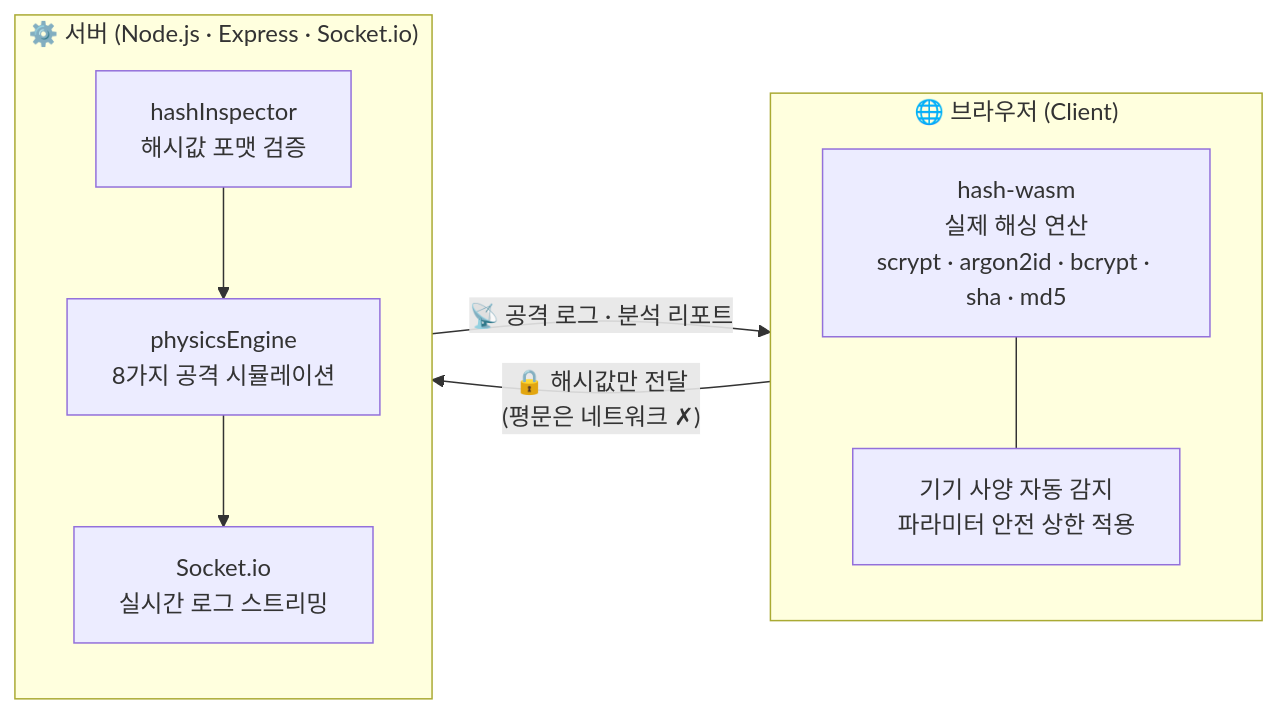
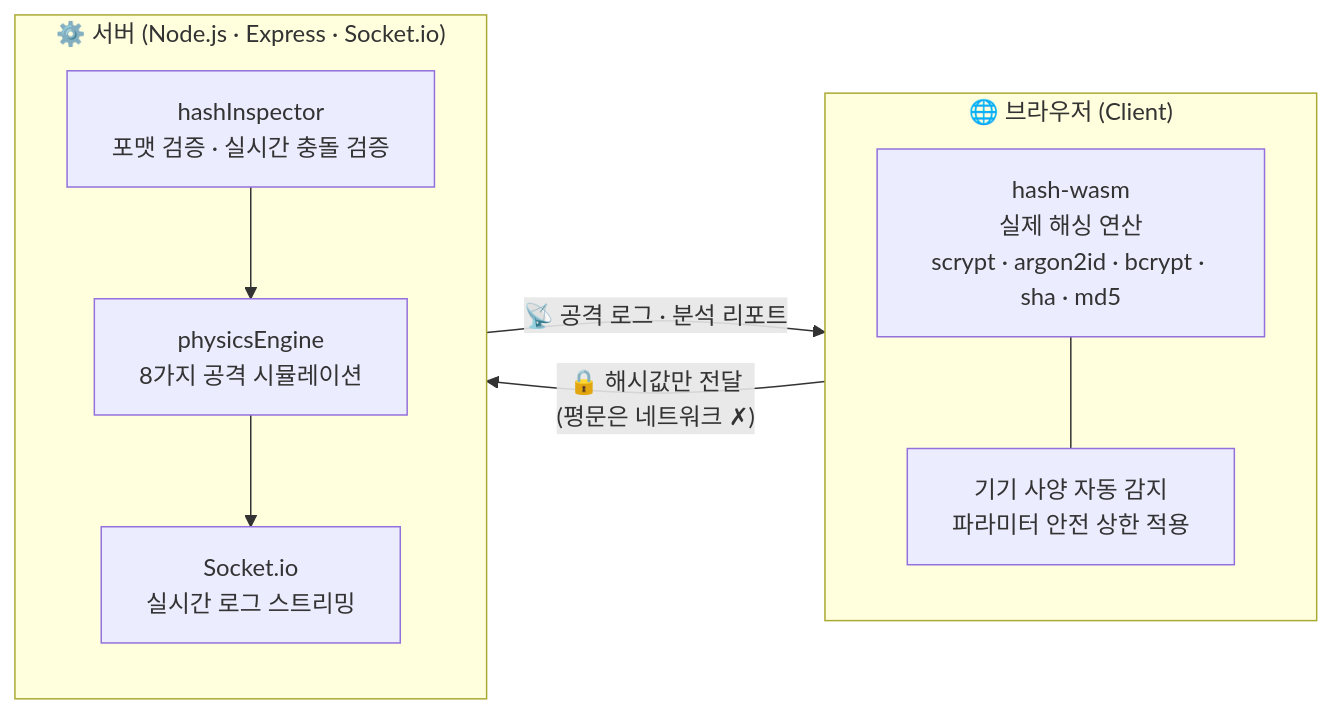
One commit to cjfwls39/ShieldBox.io changed the first of 4 diagrams in README.md. Above: the diagram before and after it, drawn with Mermaid. The commit also changed other lines of this file and 16 other files, not shown here.

````diff
--- a/README.md
+++ b/README.md
@@ -31,20 +32,20 @@
 ```mermaid
 flowchart LR
     subgraph Client["🌐 브라우저 (Client)"]
         direction TB
         C1["hash-wasm<br/>실제 해싱 연산<br/>scrypt · argon2id · bcrypt · sha · md5"]
         C2["기기 사양 자동 감지<br/>파라미터 안전 상한 적용"]
         C1 --- C2
     end
 
     subgraph Server["⚙️ 서버 (Node.js · Express · Socket.io)"]
         direction TB
-        S1["hashInspector<br/>해시값 포맷 검증"]
+        S1["hashInspector<br/>포맷 검증 · 실시간 충돌 검증"]
         S2["physicsEngine<br/>8가지 공격 시뮬레이션"]
         S3["Socket.io<br/>실시간 로그 스트리밍"]
         S1 --> S2 --> S3
     end
 
     Client -- "🔒 해시값만 전달<br/>(평문은 네트워크 ✗)" --> Server
     Server -- "📡 공격 로그 · 분석 리포트" --> Client
 ```
````
